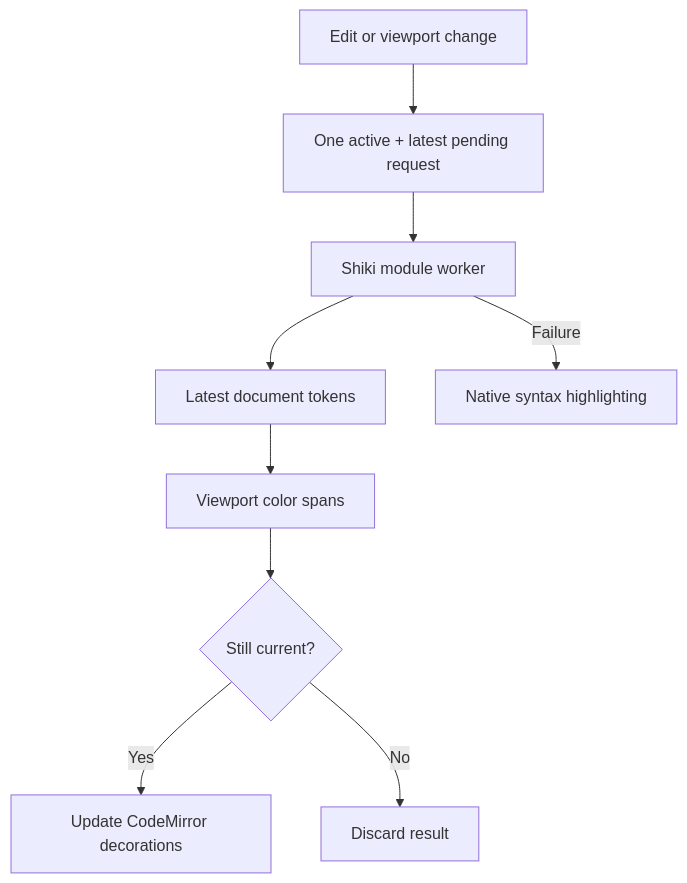
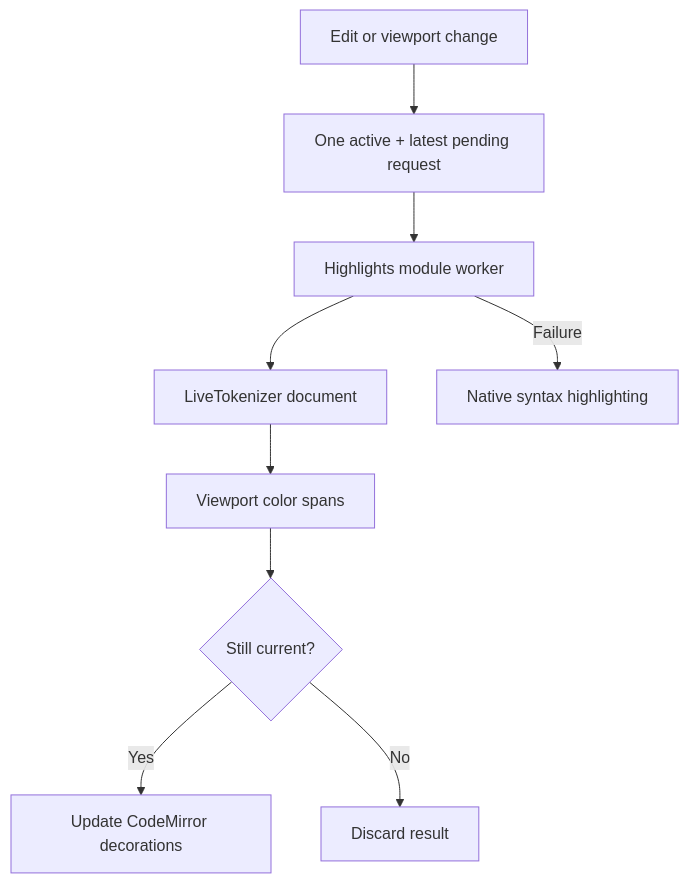
One commit to BBboy01/Tsugite changed the fifth of 7 diagrams in docs/architecture.md. Above: the diagram before and after it, drawn with Mermaid. The commit also changed other lines of this file and 18 other files, not shown here.

````diff
--- a/docs/architecture.md
+++ b/docs/architecture.md
@@ -292,11 +293,11 @@
 ```mermaid
 flowchart TB
   Edit["Edit or viewport change"] --> Queue["One active + latest pending request"]
-  Queue --> Worker["Shiki module worker"]
-  Worker --> Cache["Latest document tokens"]
+  Queue --> Worker["Highlights module worker"]
+  Worker --> Cache["LiveTokenizer document"]
   Cache --> Spans["Viewport color spans"]
   Spans --> Current{"Still current?"}
   Current -->|Yes| Apply["Update CodeMirror decorations"]
   Current -->|No| Drop["Discard result"]
   Worker -->|Failure| Native["Native syntax highlighting"]
 ```
````
